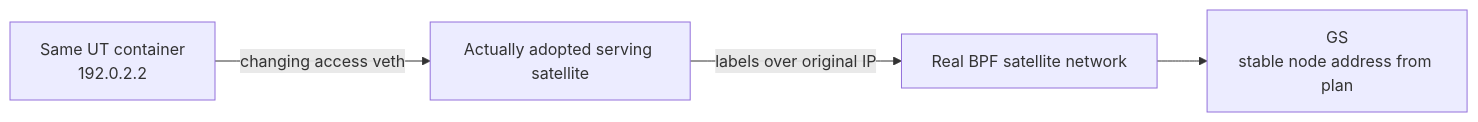
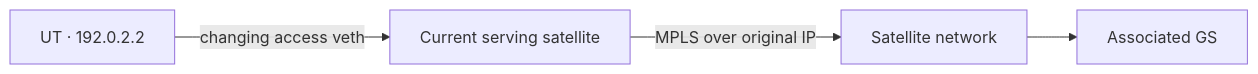
One commit to seed-labs/skyseed changed the diagram in examples/s4_handover/experiment/ut/README.md. Above: the diagram before and after it, drawn with Mermaid. The commit also changed other lines of this file and 51 other files, not shown here.

````diff
--- a/examples/s4_handover/experiment/ut/README.md
+++ b/examples/s4_handover/experiment/ut/README.md
@@ -9,6 +10,6 @@
 ```mermaid
 flowchart LR
-    UT["Same UT container<br/>192.0.2.2"] -->|changing access veth| Sat[Actually adopted serving satellite]
-    Sat -->|labels over original IP| Net[Real BPF satellite network]
-    Net --> GS["GS<br/>stable node address from plan"]
+    UT["UT · 192.0.2.2"] -->|changing access veth| Sat[Current serving satellite]
+    Sat -->|MPLS over original IP| Net[Satellite network]
+    Net --> GS[Associated GS]
 ```
````
